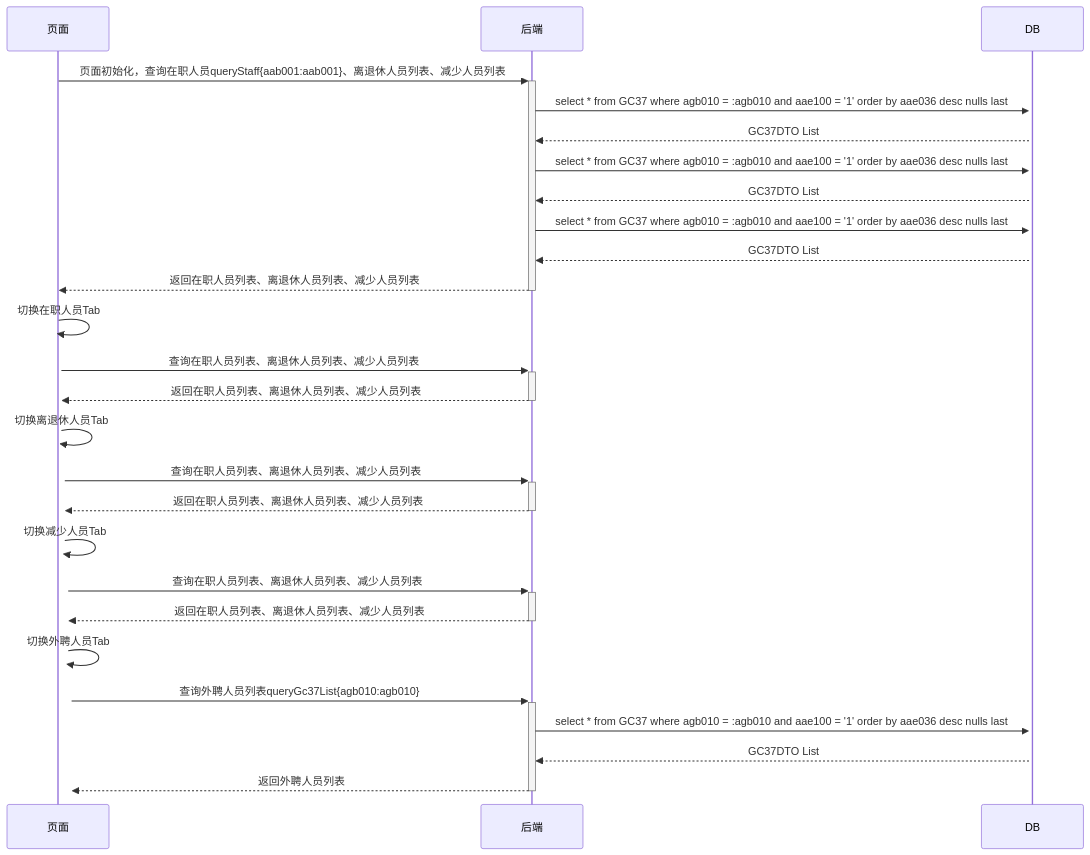
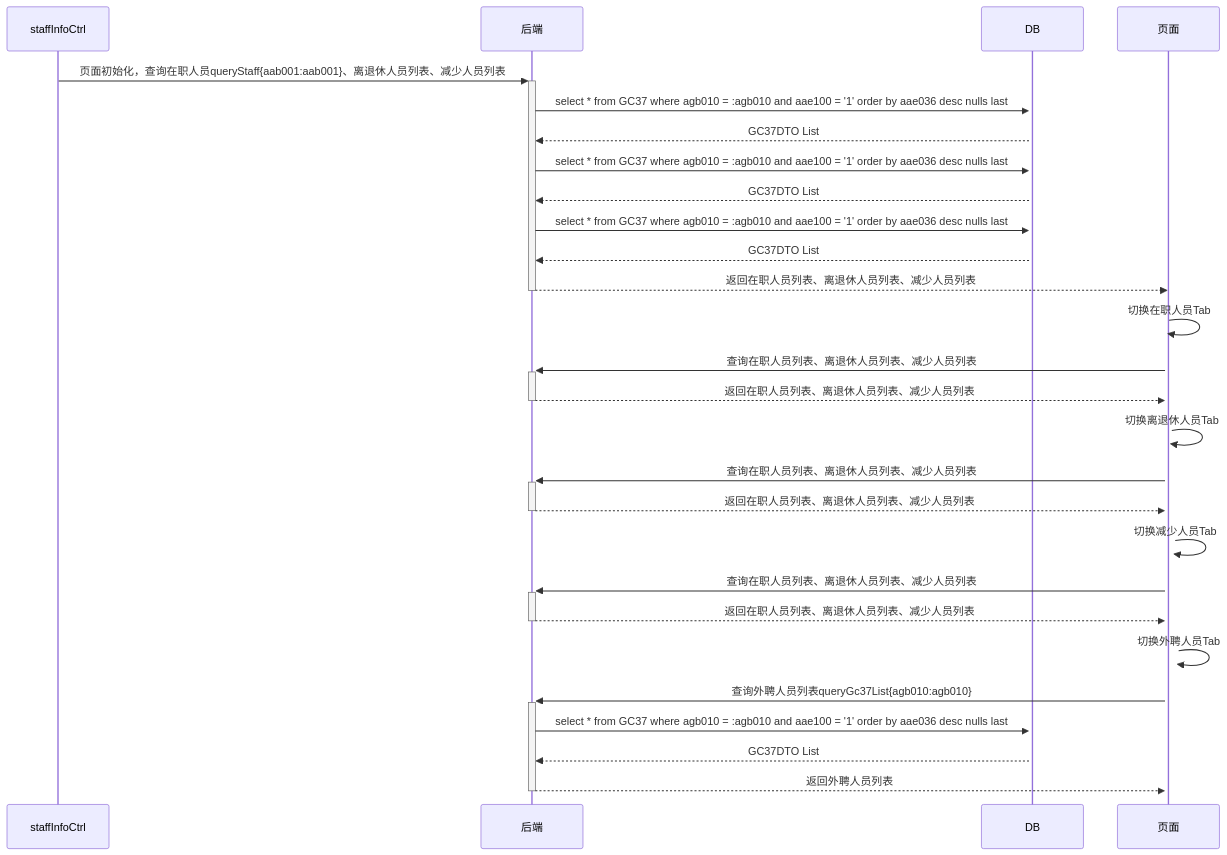
Before and after one commit to ZhangJianBeiJing/iodraw-files: the diagram in all/人员基本信息初始化页面多Tab调用业务流程.md, drawn with Mermaid.

Commit message:
2025-03-25 10:38:05 update

````diff
--- a/all/人员基本信息初始化页面多Tab调用业务流程.md
+++ b/all/人员基本信息初始化页面多Tab调用业务流程.md
@@ -1,25 +1,25 @@
 ```mermaid
 sequenceDiagram
-    页面->>+后端: 页面初始化，查询在职人员queryStaff{aab001:aab001}、离退休人员列表、减少人员列表
+    staffInfoCtrl->>+后端: 页面初始化，查询在职人员queryStaff{aab001:aab001}、离退休人员列表、减少人员列表
     后端->>+DB:select * from GC37 where agb010 = :agb010 and aae100 = '1' order by aae036 desc nulls last
     DB-->>后端:GC37DTO List
     后端->>+DB:select * from GC37 where agb010 = :agb010 and aae100 = '1' order by aae036 desc nulls last
     DB-->>后端:GC37DTO List
     后端->>+DB:select * from GC37 where agb010 = :agb010 and aae100 = '1' order by aae036 desc nulls last
     DB-->>后端:GC37DTO List
     后端-->>-页面:返回在职人员列表、离退休人员列表、减少人员列表
     页面->>+页面:切换在职人员Tab
     页面->>+后端:查询在职人员列表、离退休人员列表、减少人员列表
     后端-->>-页面:返回在职人员列表、离退休人员列表、减少人员列表
     页面->>+页面:切换离退休人员Tab
     页面->>+后端:查询在职人员列表、离退休人员列表、减少人员列表
     后端-->>-页面:返回在职人员列表、离退休人员列表、减少人员列表
     页面->>+页面:切换减少人员Tab
     页面->>+后端:查询在职人员列表、离退休人员列表、减少人员列表
     后端-->>-页面:返回在职人员列表、离退休人员列表、减少人员列表
     页面->>+页面:切换外聘人员Tab
     页面->>+后端:查询外聘人员列表queryGc37List{agb010:agb010}
     后端->>+DB:select * from GC37 where agb010 = :agb010 and aae100 = '1' order by aae036 desc nulls last
     DB-->>后端:GC37DTO List 
     后端-->>-页面:返回外聘人员列表
 ```
````
